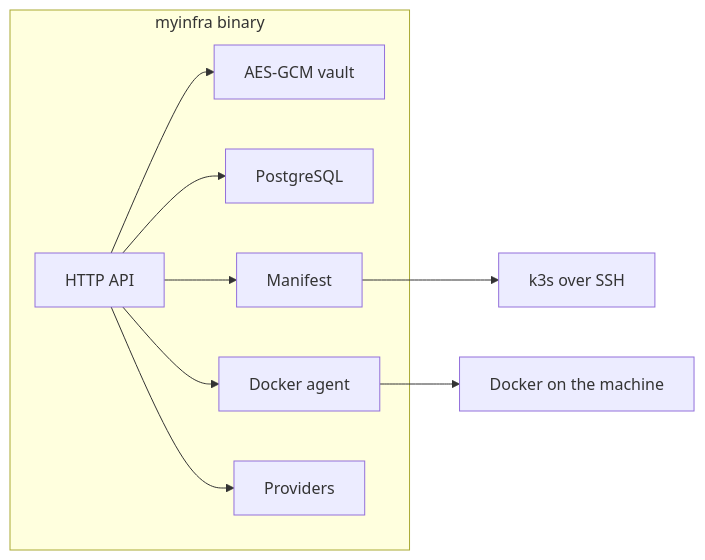
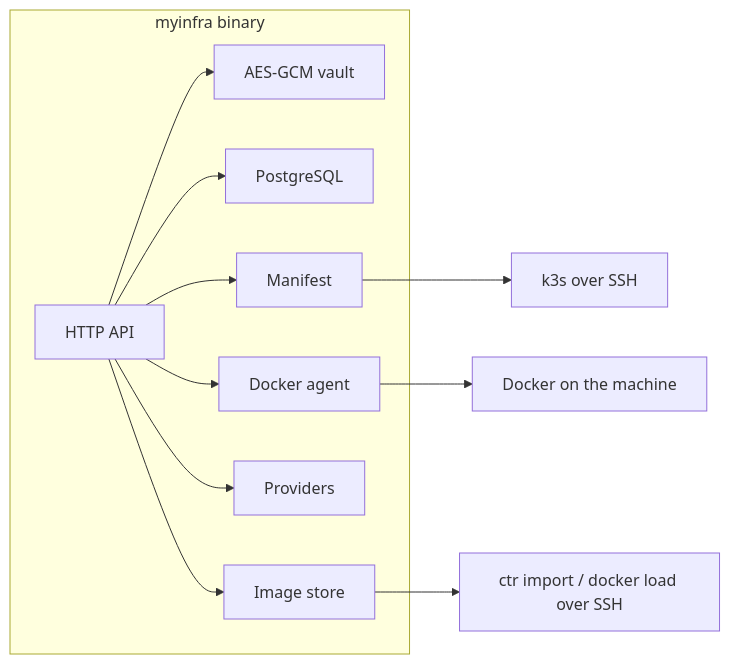
The second of 2 diagrams in README.md (tainalo2/MyInfra), drawn with Mermaid before and after one commit. The commit also changed other lines of this file and 32 other files, not shown here.

````diff
--- a/README.md
+++ b/README.md
@@ -59,18 +168,21 @@
 ```mermaid
 flowchart LR
   subgraph binary [myinfra binary]
     api[HTTP API]
     box[AES-GCM vault]
     store[PostgreSQL]
     manifest[Manifest]
     agent[Docker agent]
     provision[Providers]
+    images[Image store]
   end
   api --> box
   api --> store
   api --> manifest
   api --> agent
   api --> provision
+  api --> images
   manifest --> k3s[k3s over SSH]
   agent --> docker[Docker on the machine]
+  images --> load[ctr import / docker load over SSH]
 ```
````
